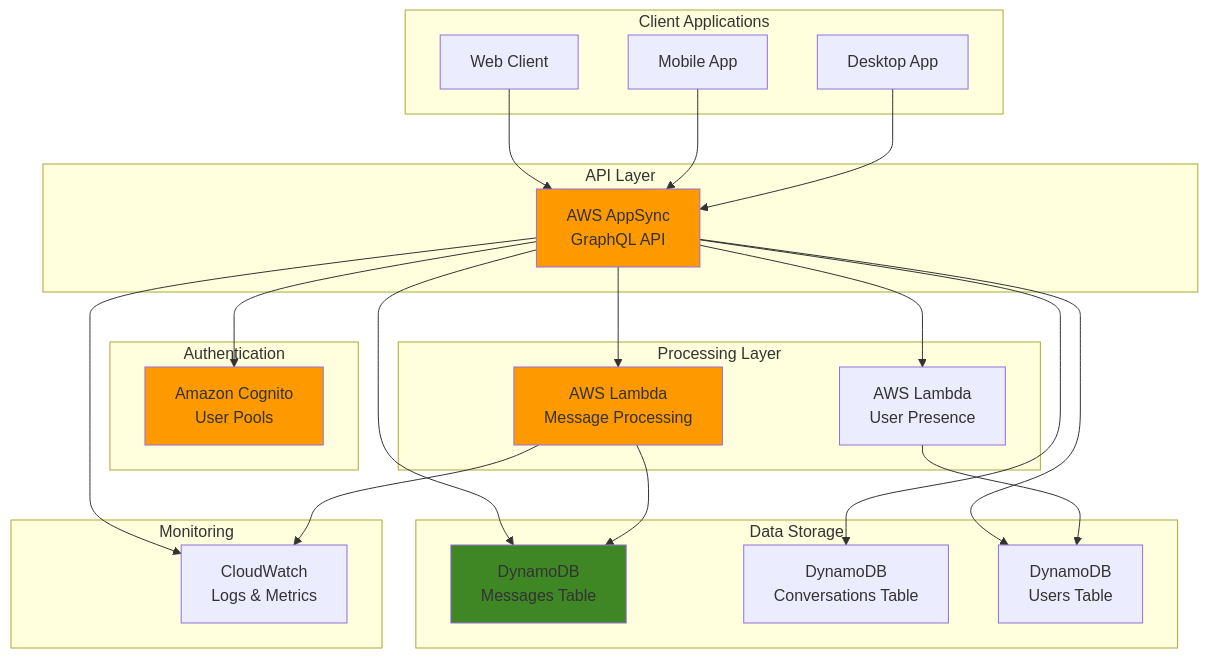
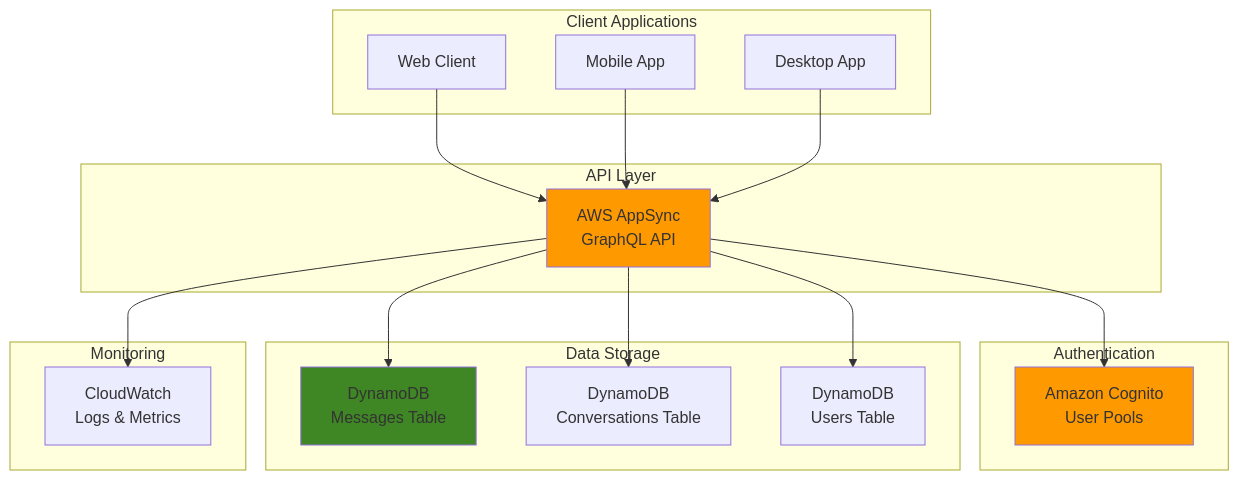
The diagram in aws/real-time-chat-applications-appsync-graphql/real-time-chat-applications-appsync-graphql.md (mzazon/awesome-cloud-projects), drawn with Mermaid before and after one commit. The commit also changed other lines of this file and 5581 other files, not shown here.

````diff
--- a/aws/real-time-chat-applications-appsync-graphql/real-time-chat-applications-appsync-graphql.md
+++ b/aws/real-time-chat-applications-appsync-graphql/real-time-chat-applications-appsync-graphql.md
@@ -30,53 +30,41 @@
 ```mermaid
 graph TB
     subgraph "Client Applications"
         WEB[Web Client]
         MOBILE[Mobile App]
         DESKTOP[Desktop App]
     end
     
     subgraph "API Layer"
         APPSYNC[AWS AppSync<br/>GraphQL API]
     end
     
     subgraph "Authentication"
         COGNITO[Amazon Cognito<br/>User Pools]
-    end
-    
-    subgraph "Processing Layer"
-        LAMBDA[AWS Lambda<br/>Message Processing]
-        LAMBDA2[AWS Lambda<br/>User Presence]
     end
     
     subgraph "Data Storage"
         DDB[DynamoDB<br/>Messages Table]
         DDB2[DynamoDB<br/>Conversations Table]
         DDB3[DynamoDB<br/>Users Table]
     end
     
     subgraph "Monitoring"
         CW[CloudWatch<br/>Logs & Metrics]
     end
     
     WEB --> APPSYNC
     MOBILE --> APPSYNC
     DESKTOP --> APPSYNC
     
     APPSYNC --> COGNITO
-    APPSYNC --> LAMBDA
-    APPSYNC --> LAMBDA2
     APPSYNC --> DDB
     APPSYNC --> DDB2
     APPSYNC --> DDB3
     
-    LAMBDA --> DDB
-    LAMBDA2 --> DDB3
-    
     APPSYNC --> CW
-    LAMBDA --> CW
     
     style APPSYNC fill:#FF9900
     style COGNITO fill:#FF9900
     style DDB fill:#3F8624
-    style LAMBDA fill:#FF9900
 ```
````
